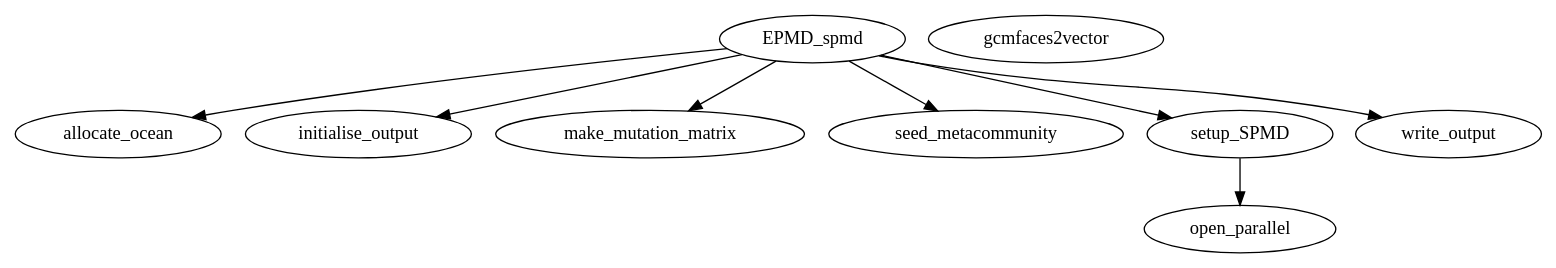
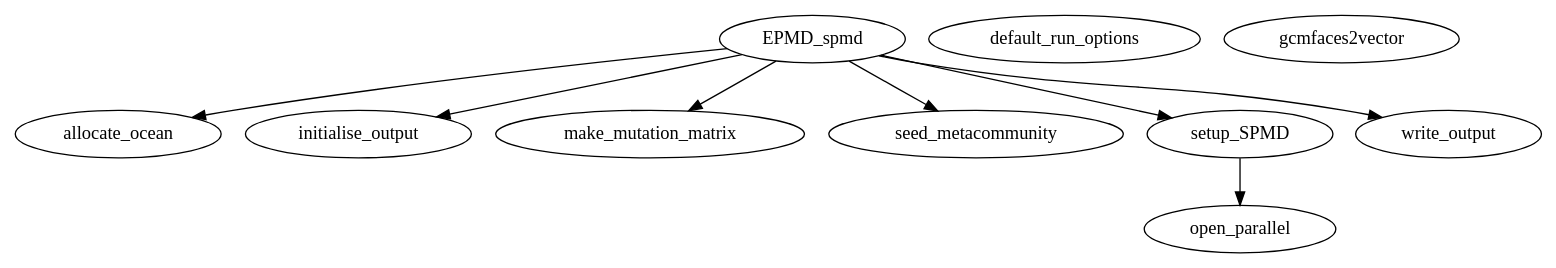
Before and after one commit to geebes/EPMD: the diagram in docs/EPMD/EPMD_functions/graph.dot, drawn with Graphviz. The commit also changed 57 other files, not shown here.

```diff
--- a/docs/EPMD/EPMD_functions/graph.dot
+++ b/docs/EPMD/EPMD_functions/graph.dot
@@ -1,20 +1,21 @@
 /* Created by mdot for Matlab */
 digraph m2html {
   EPMD_spmd -> allocate_ocean;
   EPMD_spmd -> initialise_output;
   EPMD_spmd -> make_mutation_matrix;
   EPMD_spmd -> seed_metacommunity;
   EPMD_spmd -> setup_SPMD;
   EPMD_spmd -> write_output;
   setup_SPMD -> open_parallel;
 
   EPMD_spmd [URL="EPMD_spmd.html"];
   allocate_ocean [URL="allocate_ocean.html"];
+  default_run_options [URL="default_run_options.html"];
   gcmfaces2vector [URL="gcmfaces2vector.html"];
   initialise_output [URL="initialise_output.html"];
   make_mutation_matrix [URL="make_mutation_matrix.html"];
   open_parallel [URL="open_parallel.html"];
   seed_metacommunity [URL="seed_metacommunity.html"];
   setup_SPMD [URL="setup_SPMD.html"];
   write_output [URL="write_output.html"];
 }
```
